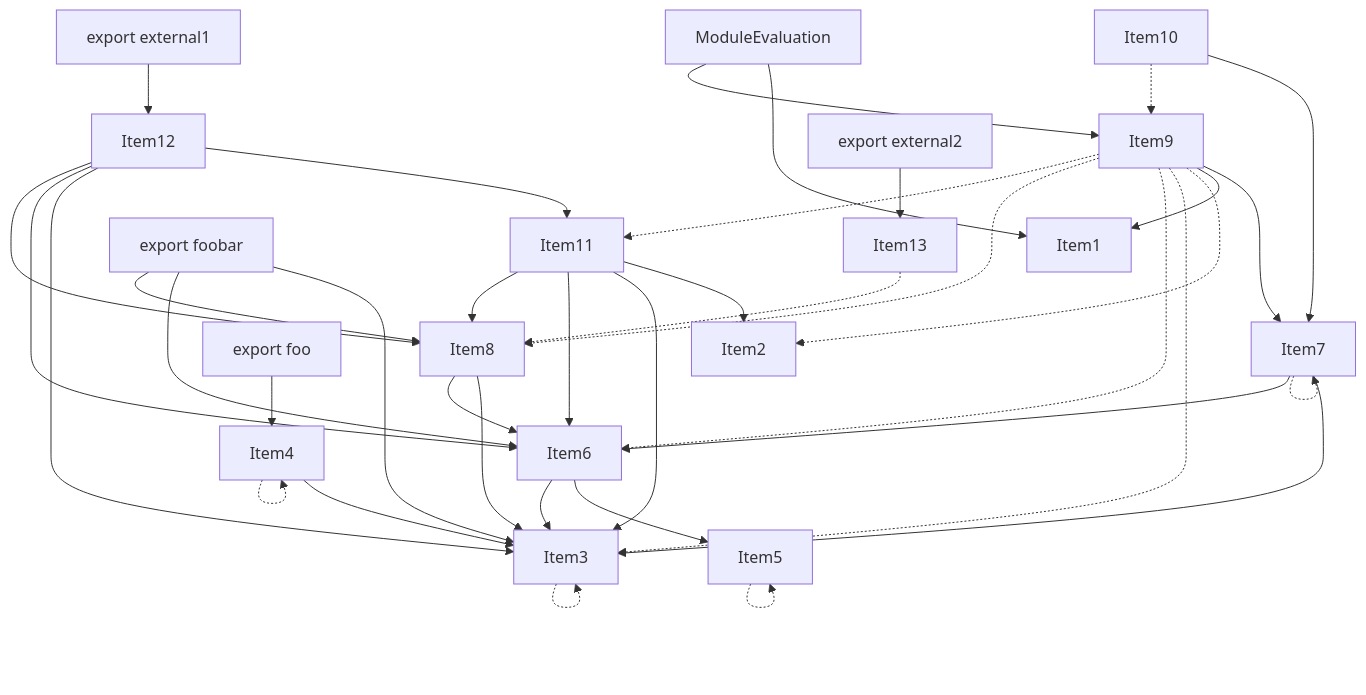
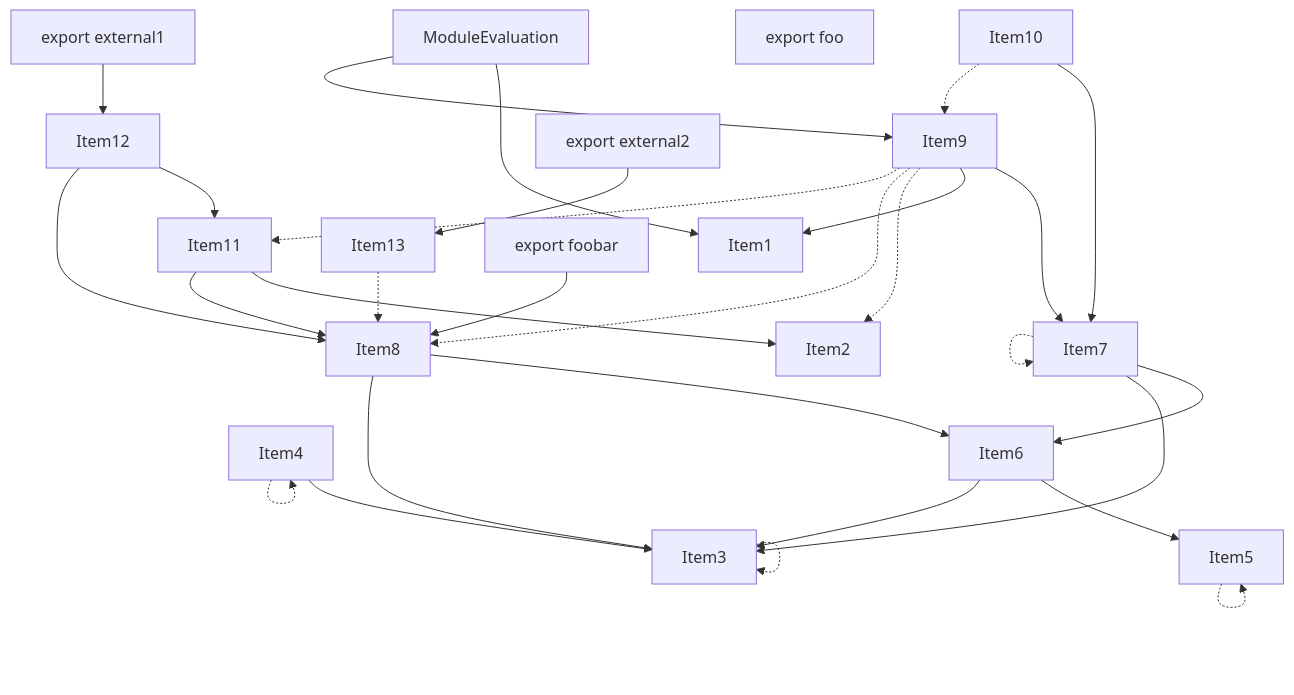
The fourth of 5 diagrams in crates/turbopack-ecmascript/tests/tree-shaker/analyzer/1/output.md (vercel/turborepo), drawn with Mermaid before and after one commit. The commit also changed other lines of this file and 20 other files, not shown here.

````diff
--- a/crates/turbopack-ecmascript/tests/tree-shaker/analyzer/1/output.md
+++ b/crates/turbopack-ecmascript/tests/tree-shaker/analyzer/1/output.md
@@ -280,63 +272,54 @@
 ```mermaid
 graph TD
     Item1;
     Item2;
     Item3;
     Item4;
     Item5;
     Item6;
     Item7;
     Item8;
     Item9;
     Item10;
     Item11;
     Item12;
     Item13;
     Item14;
     Item14["ModuleEvaluation"];
     Item15;
     Item15["export foobar"];
     Item16;
     Item16["export foo"];
     Item17;
     Item17["export external1"];
     Item18;
     Item18["export external2"];
     Item3 -.-> Item3;
     Item4 --> Item3;
     Item4 -.-> Item4;
     Item5 -.-> Item5;
     Item6 --> Item5;
     Item6 --> Item3;
+    Item7 --> Item6;
     Item7 --> Item3;
-    Item7 --> Item6;
     Item7 -.-> Item7;
+    Item8 --> Item6;
     Item8 --> Item3;
-    Item8 --> Item6;
     Item9 --> Item7;
     Item9 --> Item1;
     Item9 -.-> Item2;
-    Item9 -.-> Item3;
-    Item9 -.-> Item6;
     Item9 -.-> Item8;
     Item9 -.-> Item11;
     Item10 --> Item7;
     Item10 -.-> Item9;
     Item11 --> Item2;
-    Item11 --> Item3;
-    Item11 --> Item6;
     Item11 --> Item8;
     Item12 --> Item11;
-    Item12 --> Item3;
-    Item12 --> Item6;
     Item12 --> Item8;
     Item13 -.-> Item8;
     Item14 --> Item1;
     Item14 --> Item9;
-    Item15 --> Item3;
-    Item15 --> Item6;
     Item15 --> Item8;
-    Item16 --> Item4;
     Item17 --> Item12;
     Item18 --> Item13;
 ```
````
